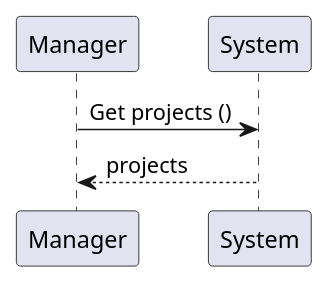
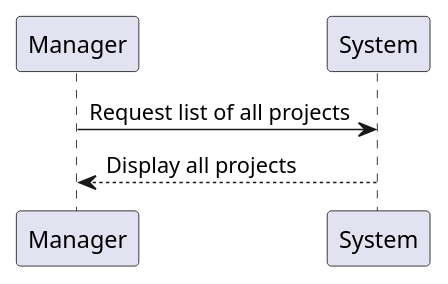
One commit to ivo-menezes/project_g3 changed the diagram in docs/modelling_design/user_stories/us015/US015_ListAllProjectsSSD.puml. Above: the diagram before and after it, drawn with PlantUML. The commit also changed 1 other file, not shown here.

Commit message:
US015: Analysis: US015_ListAllProjectsSSD e UCD(update)

```diff
--- a/docs/modelling_design/user_stories/us015/US015_ListAllProjectsSSD.puml
+++ b/docs/modelling_design/user_stories/us015/US015_ListAllProjectsSSD.puml
@@ -1,6 +1,6 @@
 @startuml
 
-Manager -> System: Get projects ()
-Manager <-- System: projects
+Manager -> System: Request list of all projects
+Manager <-- System: Display all projects
 
 @enduml
```
